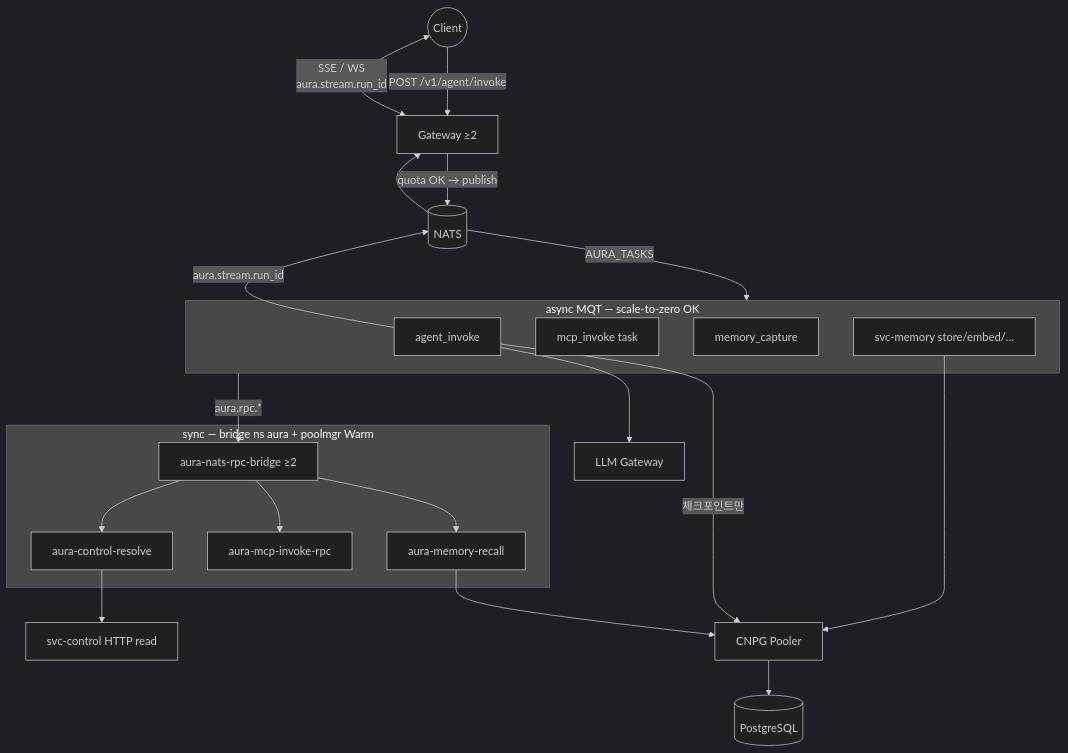
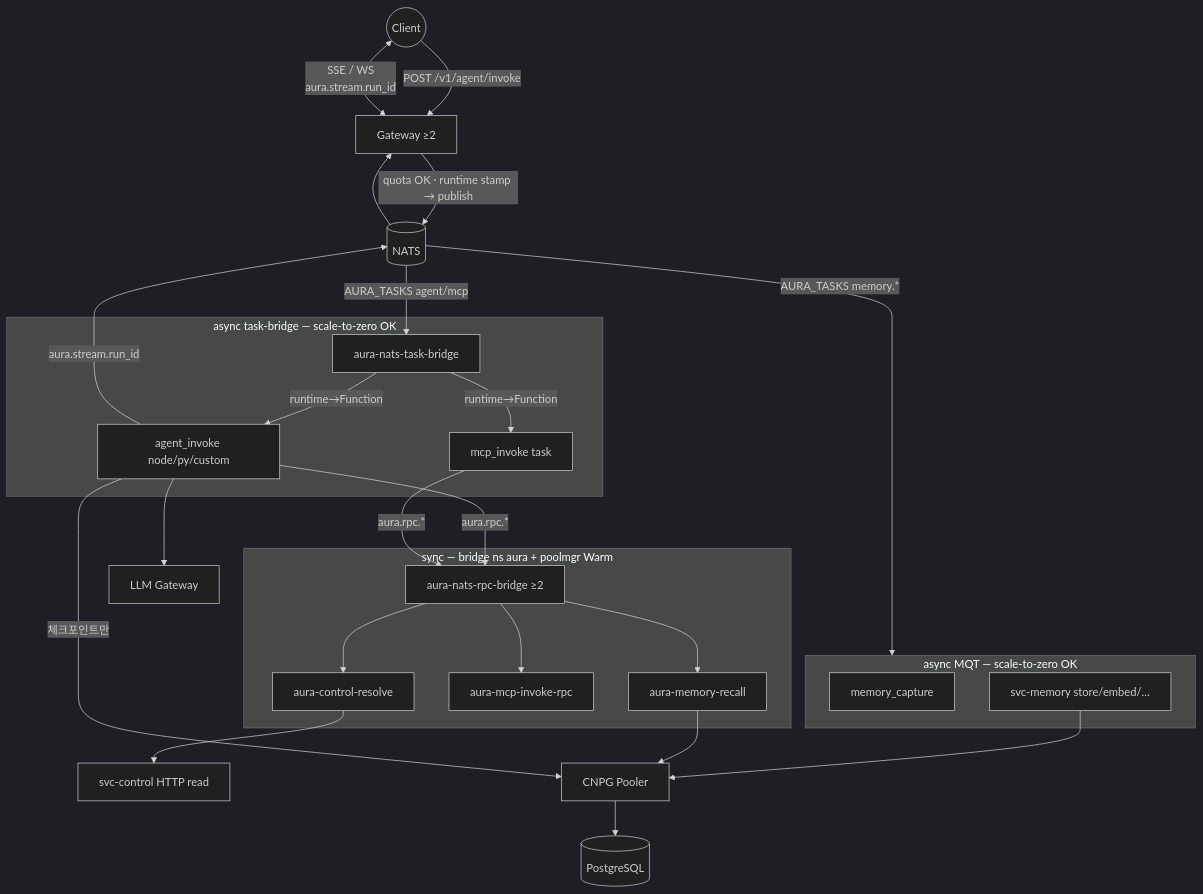
The second of 7 diagrams in MESSAGE-FLOW.md (yoosungung/aura), drawn with Mermaid (dark theme) before and after one commit. The commit also changed other lines of this file and 1 other file, not shown here.

First line of the commit message:
Align message-flow docs with agent/mcp task-bridge routing.

````diff
--- a/MESSAGE-FLOW.md
+++ b/MESSAGE-FLOW.md
@@ -52,38 +54,46 @@
 ```mermaid
 flowchart TB
   Client((Client))
 
   Client -->|"POST /v1/agent/invoke"| GW[Gateway ≥2]
   Client <-->|"SSE / WS<br/>aura.stream.run_id"| GW
 
-  GW -->|"quota OK → publish"| NATS[(NATS)]
+  GW -->|"quota OK · runtime stamp → publish"| NATS[(NATS)]
 
-  subgraph async["async MQT — scale-to-zero OK"]
-    AI[agent_invoke]
+  subgraph taskBridge["async task-bridge — scale-to-zero OK"]
+    TB[aura-nats-task-bridge]
+    AI[agent_invoke node/py/custom]
     MCP_T[mcp_invoke task]
+  end
+
+  subgraph mqt["async MQT — scale-to-zero OK"]
     CAP[memory_capture]
     STORE[svc-memory store/embed/…]
   end
 
   subgraph sync["sync — bridge ns aura + poolmgr Warm"]
     BR[aura-nats-rpc-bridge ≥2]
     RECALL[aura-memory-recall]
     MCP_R[aura-mcp-invoke-rpc]
     RESOLVE[aura-control-resolve]
   end
 
-  NATS -->|"AURA_TASKS"| async
-  async -->|"aura.rpc.*"| BR
+  NATS -->|"AURA_TASKS agent/mcp"| TB
+  TB -->|runtime→Function| AI
+  TB -->|runtime→Function| MCP_T
+  NATS -->|"AURA_TASKS memory.*"| mqt
+  AI -->|"aura.rpc.*"| BR
+  MCP_T -->|"aura.rpc.*"| BR
   BR --> RECALL
   BR --> MCP_R
   BR --> RESOLVE
   AI -->|"aura.stream.run_id"| NATS
   NATS --> GW
 
   RESOLVE --> CTRL[svc-control HTTP read]
   STORE --> POOLER[CNPG Pooler]
   RECALL --> POOLER
   POOLER --> PG[(PostgreSQL)]
   AI -->|"체크포인트만"| POOLER
   AI --> LLM[LLM Gateway]
 ```
````
